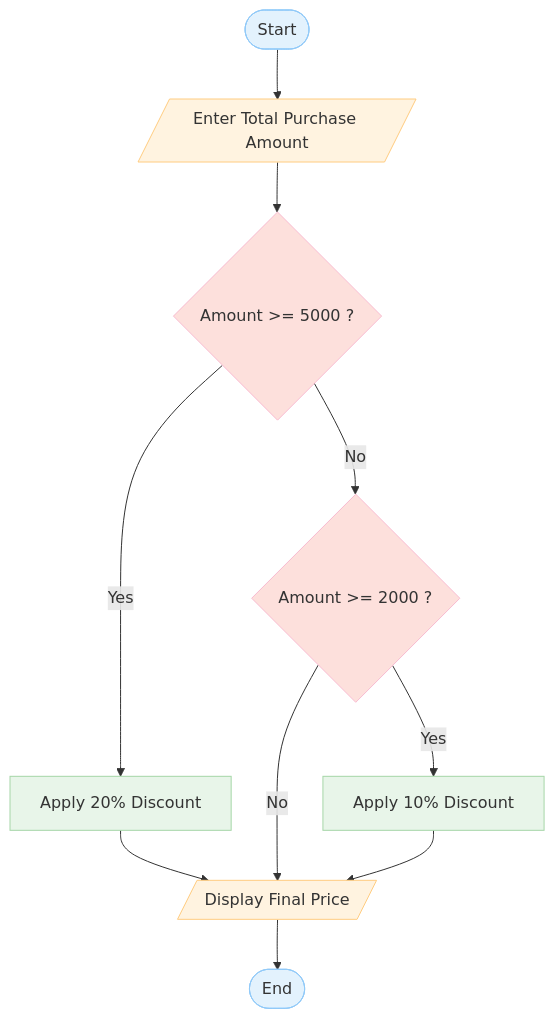
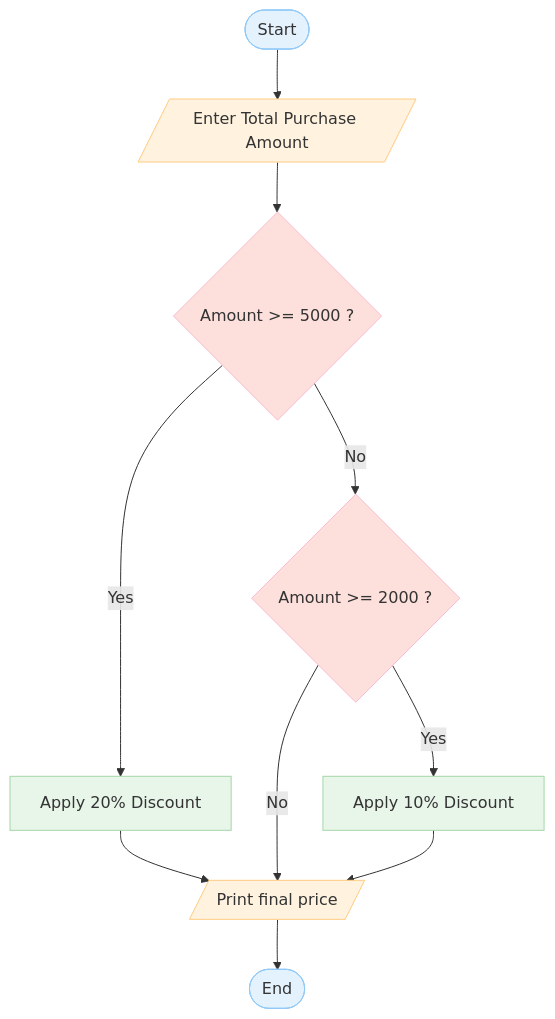
Before and after one commit to joelBIT/workshop-pseudocode-flowcharts: the fourth of 9 diagrams in README.md, drawn with Mermaid. The commit also changed other lines of this file, not shown here.

Commit message:
Update display messages in flowcharts

````diff
--- a/README.md
+++ b/README.md
@@ -146,18 +146,18 @@
 ```mermaid
 flowchart TD
     A([Start]):::term --> B[/Enter Total Purchase Amount/]:::io
     B --> C{Amount >= 5000 ?}:::dec
     C -- No --> D{Amount >= 2000 ?}:::dec
     C -- Yes --> E[Apply 20% Discount]:::proc
-    E --> Y[/Display Final Price/]:::io
+    E --> Y[/Print final price/]:::io
     Y --> X([End]):::term
-    D -- No --> Y[/Display Final Price/]:::io
+    D -- No --> Y[/Print final price/]:::io
     D -- Yes --> F[Apply 10% Discount]:::proc
-    F --> Y[/Display Final Price/]:::io
+    F --> Y[/Print final price/]:::io
     
 
 classDef term fill:#e3f2fd,stroke:#90caf9,color:#333,stroke-width:1px;
 classDef io fill:#fff3e0,stroke:#ffcc80,color:#333,stroke-width:1px;
 classDef dec fill:#fde0dc,stroke:#f8bbd0,color:#333,stroke-width:1px;
 classDef proc fill:#e8f5e9,stroke:#a5d6a7,color:#333,stroke-width:1px;
 ```
````
